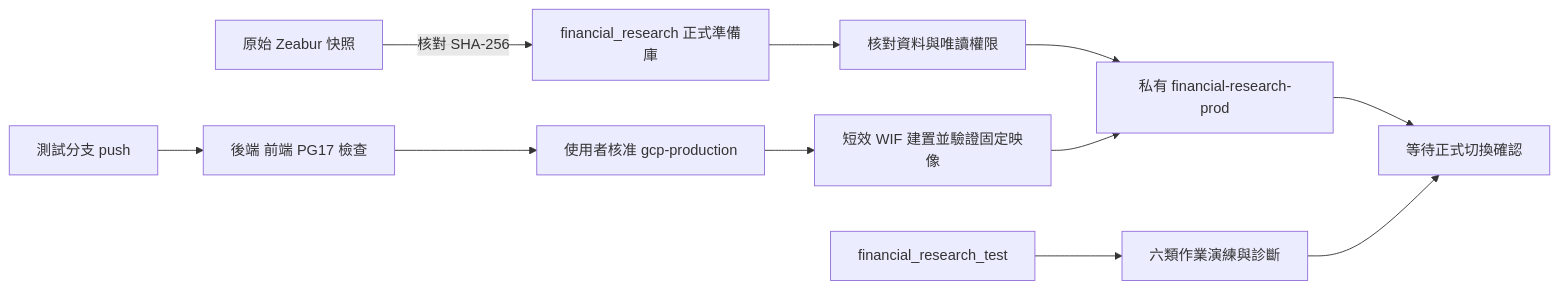
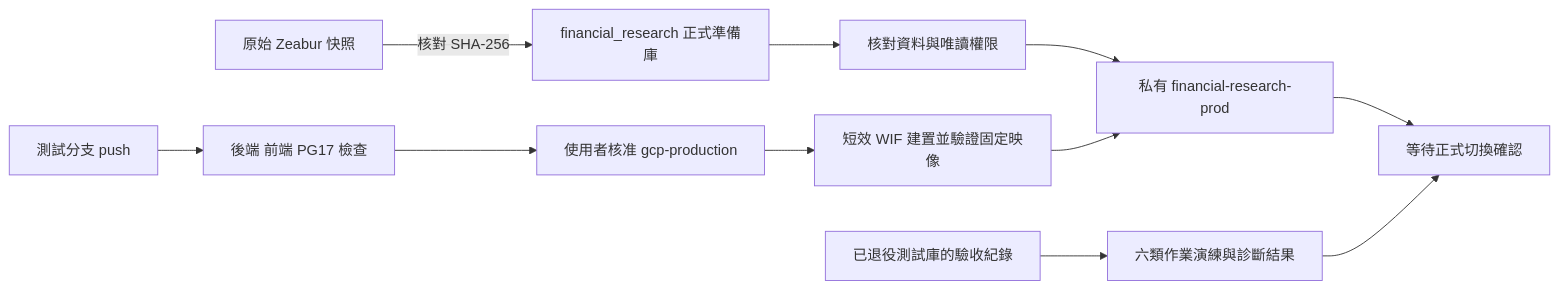
One commit to dreamerleolioa/financial-research changed the diagram in docs/gcp-production-preparation-runbook.md. Above: the diagram before and after it, drawn with Mermaid. The commit also changed other lines of this file and 5 other files, not shown here.

````diff
--- a/docs/gcp-production-preparation-runbook.md
+++ b/docs/gcp-production-preparation-runbook.md
@@ -7,13 +9,13 @@
 ```mermaid
 flowchart LR
     A[原始 Zeabur 快照] -->|核對 SHA-256| B[financial_research 正式準備庫]
     B --> C[核對資料與唯讀權限]
     C --> D[私有 financial-research-prod]
     E[測試分支 push] --> F[後端 前端 PG17 檢查]
     F --> G[使用者核准 gcp-production]
     G --> H[短效 WIF 建置並驗證固定映像]
     H --> D
-    I[financial_research_test] --> J[六類作業演練與診斷]
+    I[已退役測試庫的驗收紀錄] --> J[六類作業演練與診斷結果]
     D --> K[等待正式切換確認]
     J --> K
 ```
````
